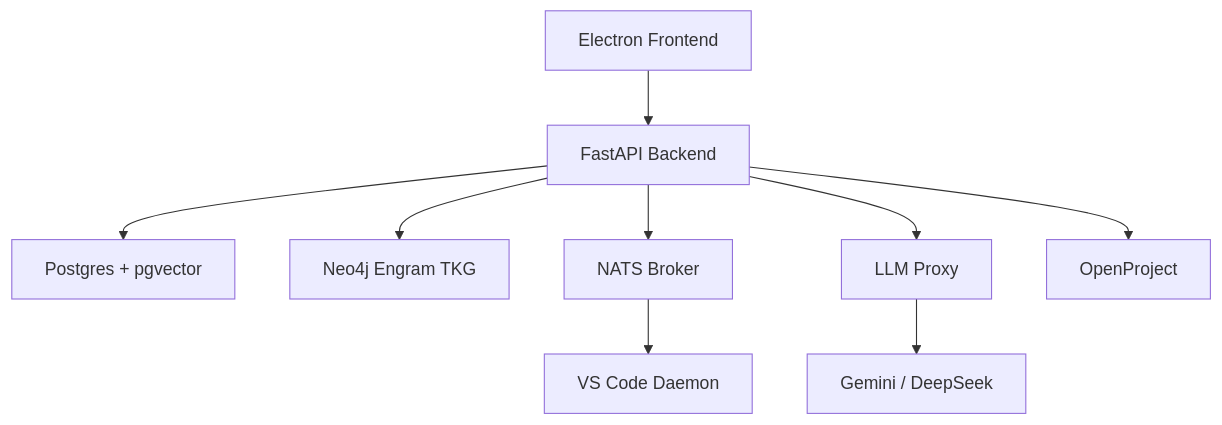
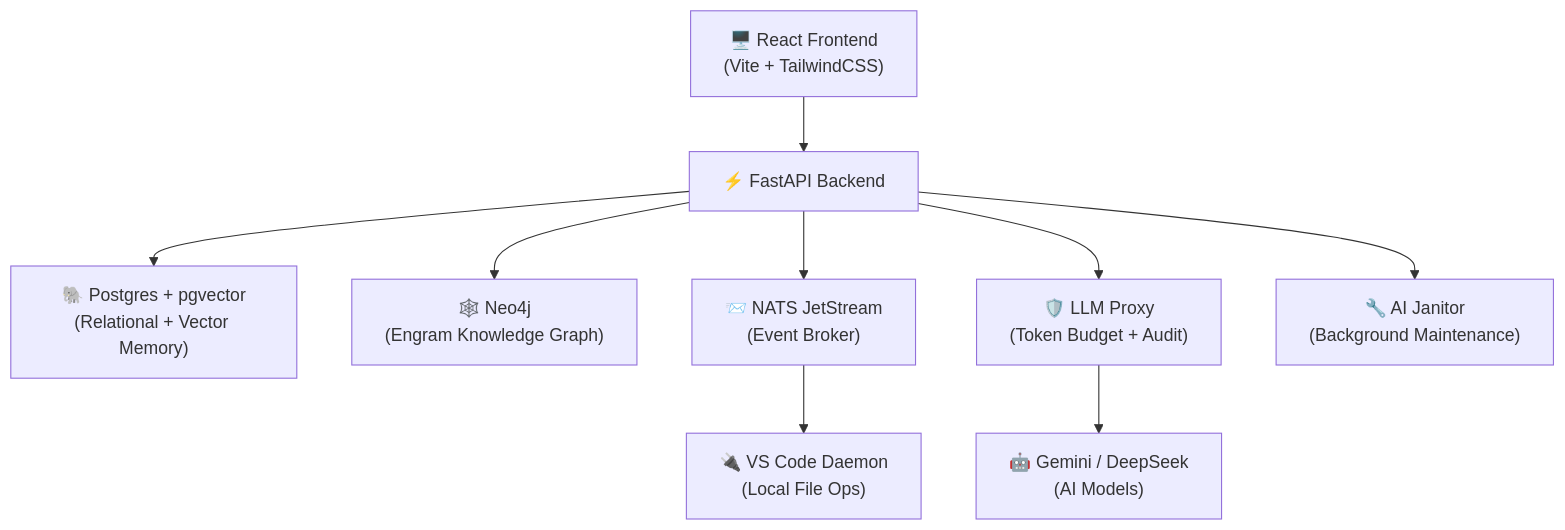
One commit to careb36/ai_entreprise changed the diagram in README.md. Above: the diagram before and after it, drawn with Mermaid. The commit also changed other lines of this file and 1 other file, not shown here.

First line of the commit message:
docs: fix README — Le Fabrique branding, icon, badges, architecture diagram

````diff
--- a/README.md
+++ b/README.md
@@ -44,11 +51,11 @@
 ```mermaid
 graph TD
-    A[Electron Frontend] --> B[FastAPI Backend]
-    B --> C[Postgres + pgvector]
-    B --> D[Neo4j Engram TKG]
-    B --> E[NATS Broker]
-    E --> F[VS Code Daemon]
-    B --> G[LLM Proxy]
-    G --> H[Gemini / DeepSeek]
-    B --> I[OpenProject]
+    A["🖥️ React Frontend\n(Vite + TailwindCSS)"] --> B["⚡ FastAPI Backend"]
+    B --> C["🐘 Postgres + pgvector\n(Relational + Vector Memory)"]
+    B --> D["🕸️ Neo4j\n(Engram Knowledge Graph)"]
+    B --> E["📨 NATS JetStream\n(Event Broker)"]
+    E --> F["🔌 VS Code Daemon\n(Local File Ops)"]
+    B --> G["🛡️ LLM Proxy\n(Token Budget + Audit)"]
+    G --> H["🤖 Gemini / DeepSeek\n(AI Models)"]
+    B --> I["🔧 AI Janitor\n(Background Maintenance)"]
 ```
````
